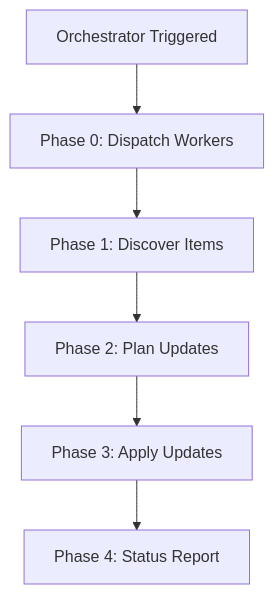
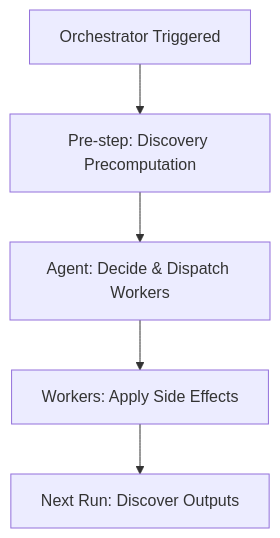
One commit to githubnext/gh-aw changed the diagram in docs/src/content/docs/guides/campaigns/lifecycle.md. Above: the diagram before and after it, drawn with Mermaid. The commit also changed other lines of this file and 6 other files, not shown here.

````diff
--- a/docs/src/content/docs/guides/campaigns/lifecycle.md
+++ b/docs/src/content/docs/guides/campaigns/lifecycle.md
@@ -12,8 +12,7 @@
 ```mermaid
 graph TD
-    A[Orchestrator Triggered] --> B[Phase 0: Dispatch Workers]
-    B --> C[Phase 1: Discover Items]
-    C --> D[Phase 2: Plan Updates]
-    D --> E[Phase 3: Apply Updates]
-    E --> F[Phase 4: Status Report]
+  A[Orchestrator Triggered] --> B[Pre-step: Discovery Precomputation]
+  B --> C[Agent: Decide & Dispatch Workers]
+  C --> D[Workers: Apply Side Effects]
+  D --> E[Next Run: Discover Outputs]
 ```
````
